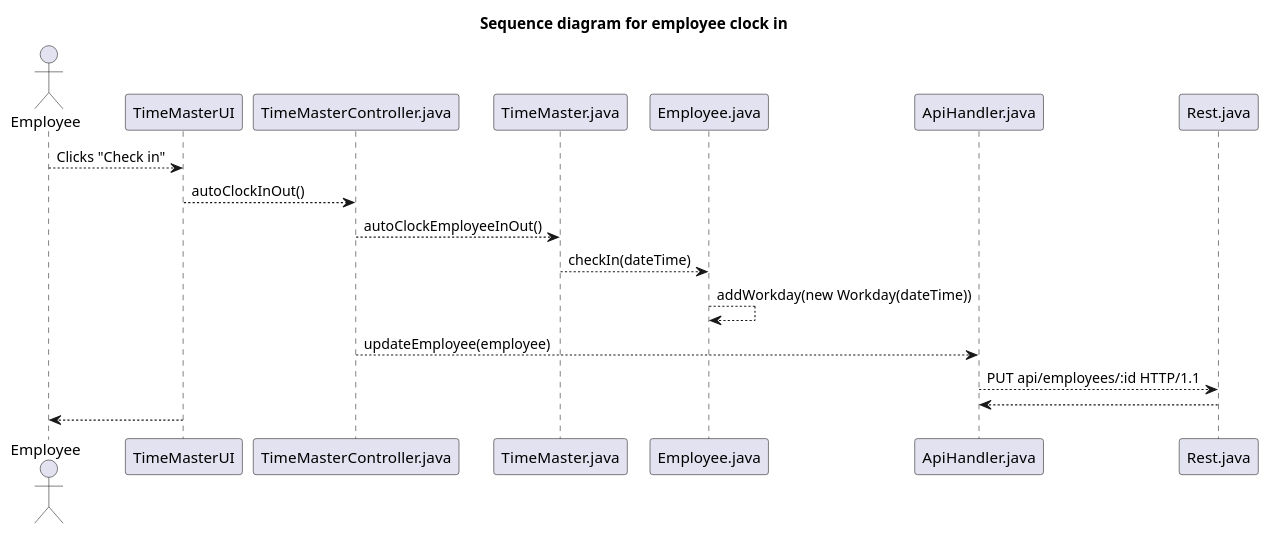
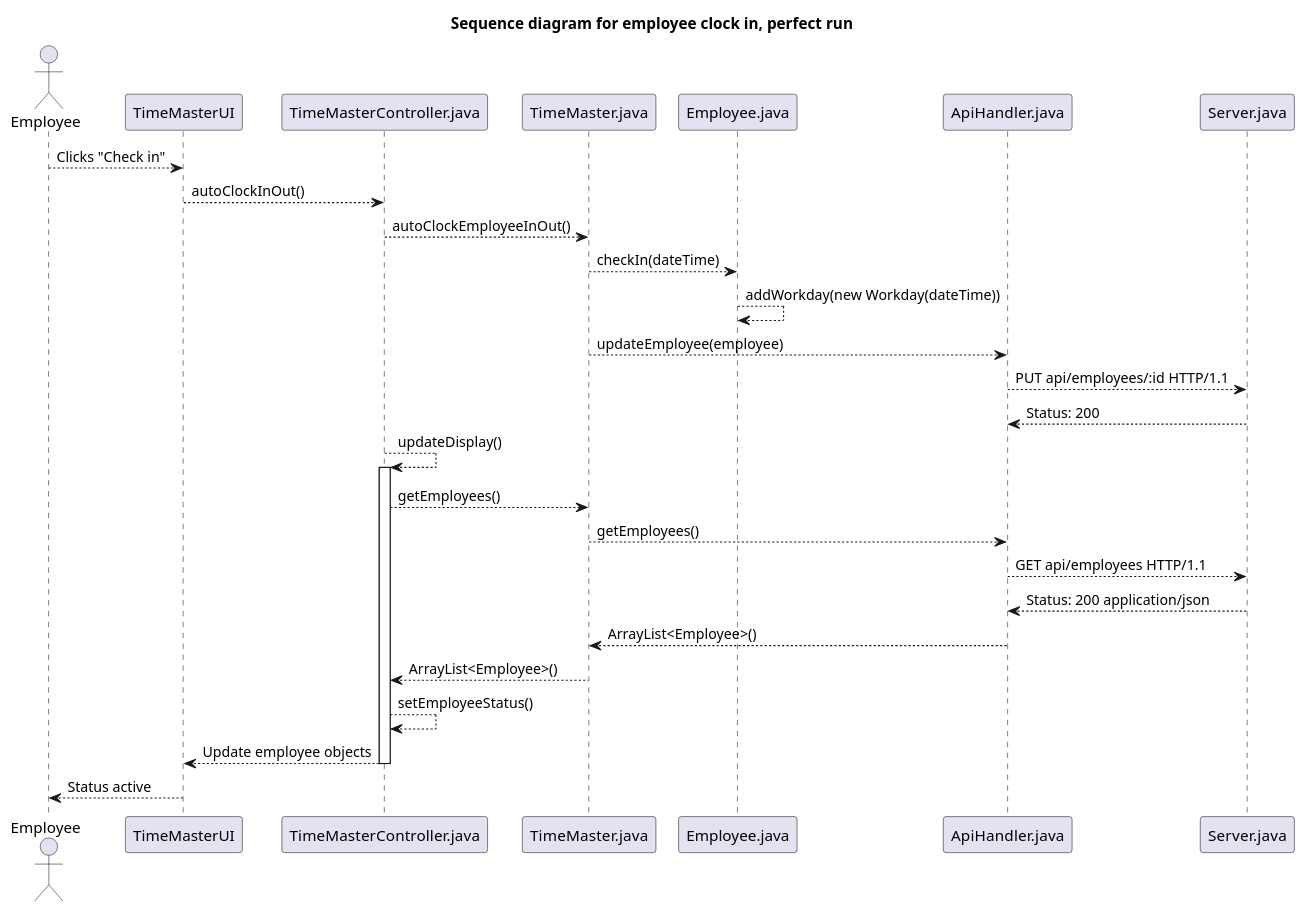
Before and after one commit to sleipner01/TimeMaster: the diagram in docs/diagrams/sequencediagram.plantuml, drawn with PlantUML.

Commit message:
Improved diagram. Co-authored by @haavasny

```diff
--- a/docs/diagrams/sequencediagram.plantuml
+++ b/docs/diagrams/sequencediagram.plantuml
@@ -1,17 +1,32 @@
 @startuml Time Master
 
-title Sequence diagram for employee clock in
+title Sequence diagram for employee clock in, perfect run
 actor Employee
 
 Employee --> TimeMasterUI : Clicks "Check in"
 TimeMasterUI --> TimeMasterController.java : autoClockInOut()
 TimeMasterController.java --> TimeMaster.java : autoClockEmployeeInOut()
 TimeMaster.java --> Employee.java : checkIn(dateTime)
 Employee.java --> Employee.java : addWorkday(new Workday(dateTime))
-TimeMasterController.java --> ApiHandler.java : updateEmployee(employee)
-ApiHandler.java --> Rest.java : PUT api/employees/:id HTTP/1.1
-Rest.java --> ApiHandler.java : 
+TimeMaster.java --> ApiHandler.java : updateEmployee(employee)
+ApiHandler.java --> Server.java : PUT api/employees/:id HTTP/1.1
+Server.java --> ApiHandler.java : Status: 200
 
-TimeMasterUI --> Employee : 
+TimeMasterController.java --> TimeMasterController.java : updateDisplay()
+activate TimeMasterController.java
+
+TimeMasterController.java --> TimeMaster.java : getEmployees()
+TimeMaster.java --> ApiHandler.java : getEmployees()
+ApiHandler.java --> Server.java : GET api/employees HTTP/1.1
+Server.java --> ApiHandler.java : Status: 200 application/json
+ApiHandler.java --> TimeMaster.java : ArrayList<Employee>()
+TimeMaster.java --> TimeMasterController.java : ArrayList<Employee>()
+TimeMasterController.java --> TimeMasterController.java : setEmployeeStatus()
+
+
+
+TimeMasterController.java --> TimeMasterUI : Update employee objects
+deactivate TimeMasterController.java
+TimeMasterUI --> Employee : Status active
 
 @enduml
```
